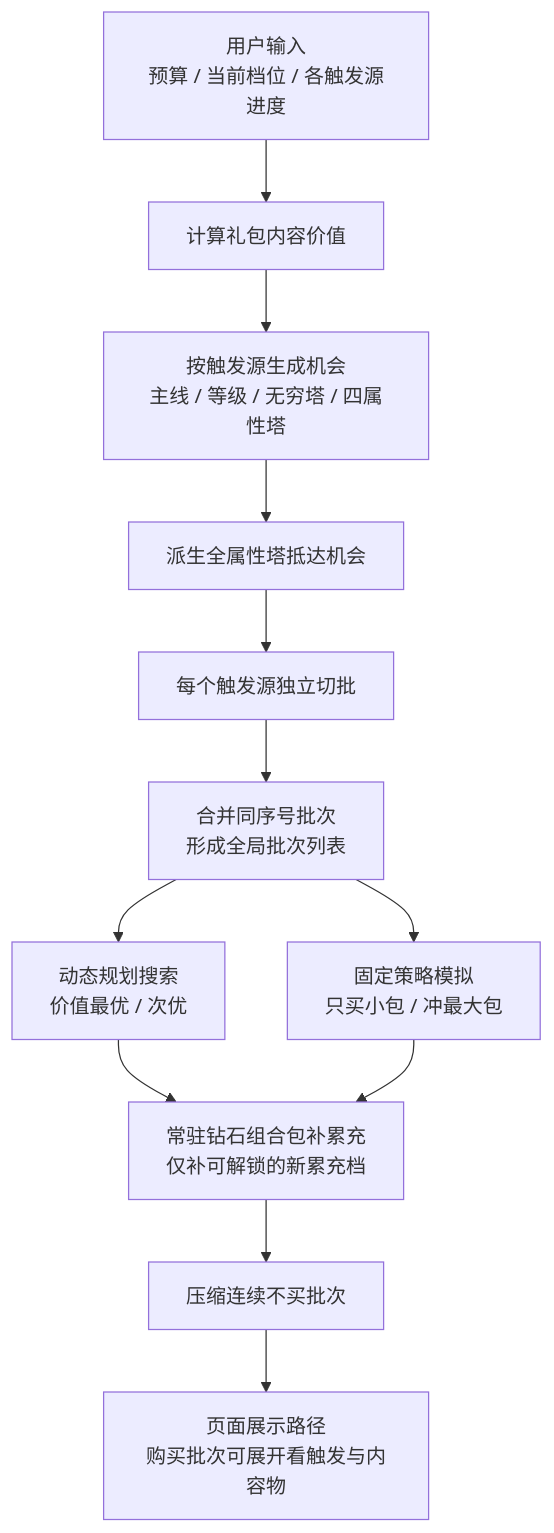
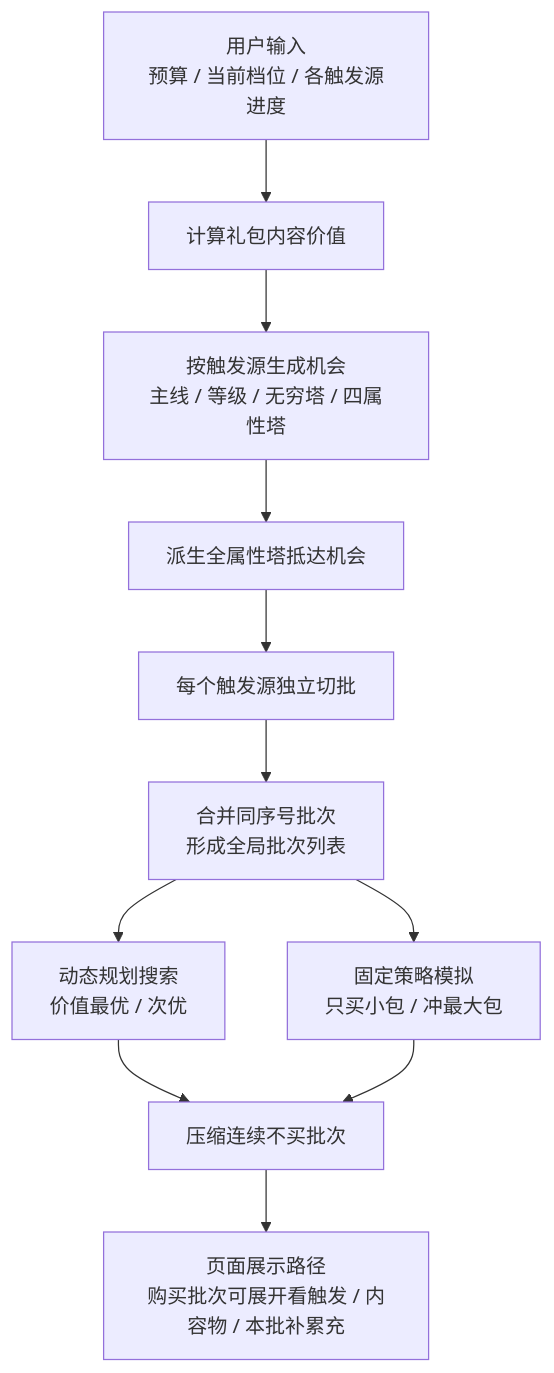
Before and after one commit to hitazuki/mementomori-calculator: the first of 4 diagrams in doc/items/UltraSalePack/path-planning-visual.md, drawn with Mermaid. The commit also changed other lines of this file and 5 other files, not shown here.

````diff
--- a/doc/items/UltraSalePack/path-planning-visual.md
+++ b/doc/items/UltraSalePack/path-planning-visual.md
@@ -7,14 +7,13 @@
 ```mermaid
 flowchart TD
   A["用户输入<br/>预算 / 当前档位 / 各触发源进度"] --> B["计算礼包内容价值"]
   B --> C["按触发源生成机会<br/>主线 / 等级 / 无穷塔 / 四属性塔"]
   C --> D["派生全属性塔抵达机会"]
   D --> E["每个触发源独立切批"]
   E --> F["合并同序号批次<br/>形成全局批次列表"]
   F --> G["动态规划搜索<br/>价值最优 / 次优"]
   F --> H["固定策略模拟<br/>只买小包 / 冲最大包"]
-  G --> I["常驻钻石组合包补累充<br/>仅补可解锁的新累充档"]
+  G --> I["压缩连续不买批次"]
   H --> I
-  I --> J["压缩连续不买批次"]
-  J --> K["页面展示路径<br/>购买批次可展开看触发与内容物"]
+  I --> J["页面展示路径<br/>购买批次可展开看触发 / 内容物 / 本批补累充"]
 ```
````
